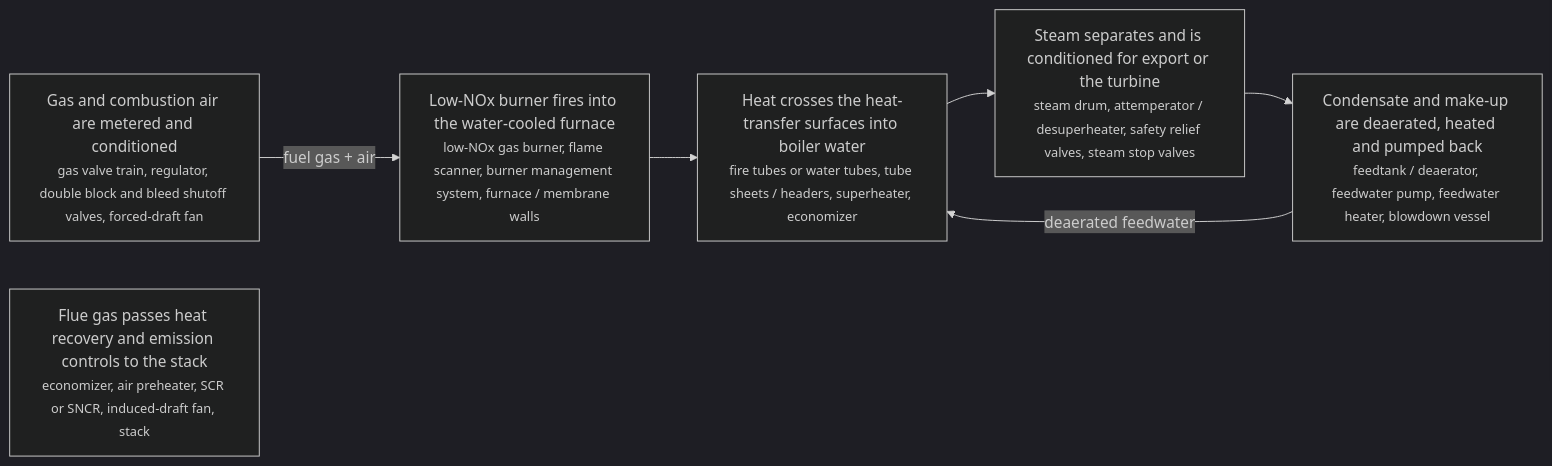
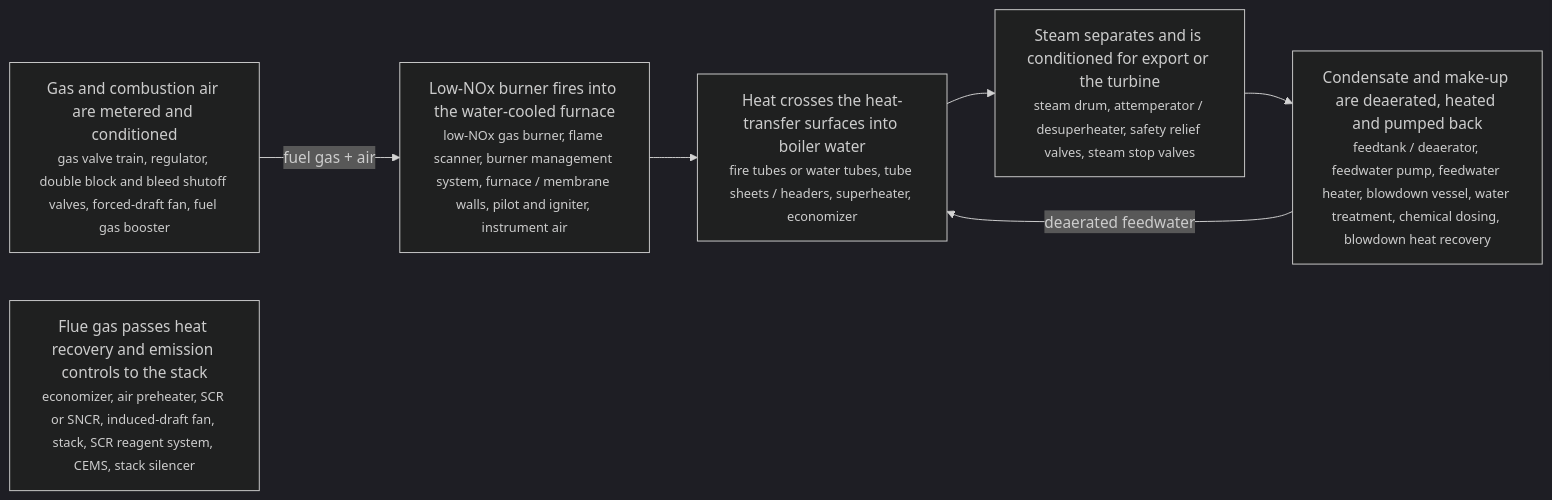
Before and after one commit to tenunan-dev/hilir-tech-library: diagram 11 of 40 in catalog/index/technologies-PWR.md, drawn with Mermaid (dark theme). The commit also changed other lines of this file and 395 other files, not shown here.

````diff
--- a/catalog/index/technologies-PWR.md
+++ b/catalog/index/technologies-PWR.md
@@ -380,14 +380,14 @@
 ```mermaid
 flowchart LR
-    FUEL["Gas and combustion air are metered and conditioned<br/><small>gas valve train, regulator, double block and bleed shutoff valves, forced-draft fan</small>"]
-    BURN["Low-NOx burner fires into the water-cooled furnace<br/><small>low-NOx gas burner, flame scanner, burner management system, furnace / membrane walls</small>"]
+    FUEL["Gas and combustion air are metered and conditioned<br/><small>gas valve train, regulator, double block and bleed shutoff valves, forced-draft fan, fuel gas booster</small>"]
+    BURN["Low-NOx burner fires into the water-cooled furnace<br/><small>low-NOx gas burner, flame scanner, burner management system, furnace / membrane walls, pilot and igniter, instrument air</small>"]
     HEAT["Heat crosses the heat-transfer surfaces into boiler water<br/><small>fire tubes or water tubes, tube sheets / headers, superheater, economizer</small>"]
     STEAM["Steam separates and is conditioned for export or the turbine<br/><small>steam drum, attemperator / desuperheater, safety relief valves, steam stop valves</small>"]
-    FEED["Condensate and make-up are deaerated, heated and pumped back<br/><small>feedtank / deaerator, feedwater pump, feedwater heater, blowdown vessel</small>"]
-    GASOUT["Flue gas passes heat recovery and emission controls to the stack<br/><small>economizer, air preheater, SCR or SNCR, induced-draft fan, stack</small>"]
+    FEED["Condensate and make-up are deaerated, heated and pumped back<br/><small>feedtank / deaerator, feedwater pump, feedwater heater, blowdown vessel, water treatment, chemical dosing, blowdown heat recovery</small>"]
+    GASOUT["Flue gas passes heat recovery and emission controls to the stack<br/><small>economizer, air preheater, SCR or SNCR, induced-draft fan, stack, SCR reagent system, CEMS, stack silencer</small>"]
     FUEL -->|fuel gas + air| BURN
     BURN --> HEAT
     HEAT --> STEAM
     STEAM --> FEED
     FEED -->|deaerated feedwater| HEAT
 ```
````
